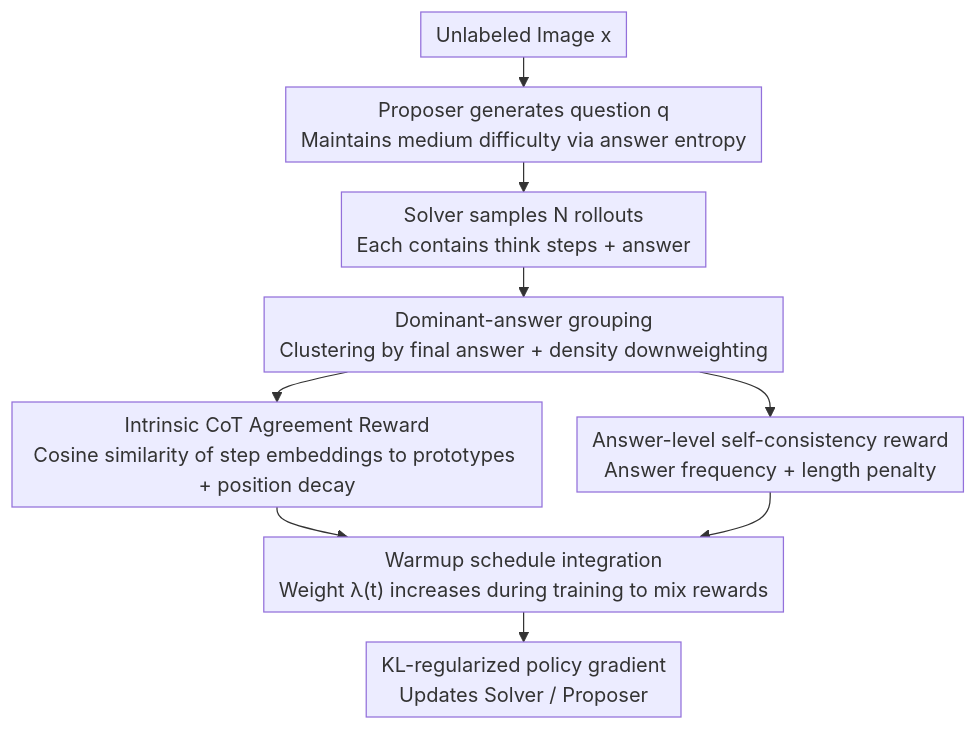
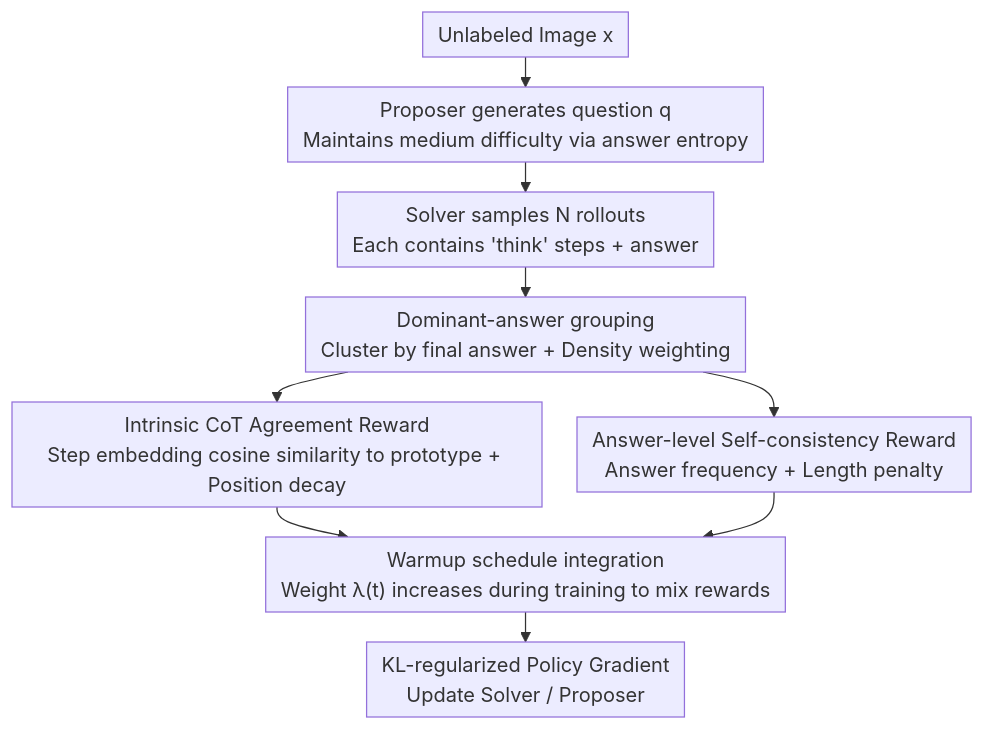
Before and after one commit to zhaoyang97/Paper-Notes-en: the diagram in docs/ACL2026/vlm_reasoning/ireasoner_trajectory-aware_intrinsic_reasoning_supervision_for_self-evolving_lar.md, drawn with Mermaid. The commit also changed other lines of this file and 5084 other files, not shown here.

````diff
--- a/docs/ACL2026/vlm_reasoning/ireasoner_trajectory-aware_intrinsic_reasoning_supervision_for_self-evolving_lar.md
+++ b/docs/ACL2026/vlm_reasoning/ireasoner_trajectory-aware_intrinsic_reasoning_supervision_for_self-evolving_lar.md
@@ -44,12 +44,12 @@
 ```mermaid
 %%{init: {'flowchart': {'rankSpacing': 24, 'nodeSpacing': 28, 'padding': 6, 'wrappingWidth': 400}}}%%
 flowchart TD
     A["Unlabeled Image x"] --> B["Proposer generates question q<br/>Maintains medium difficulty via answer entropy"]
-    B --> C["Solver samples N rollouts<br/>Each contains think steps + answer"]
-    C --> D["Dominant-answer grouping<br/>Clustering by final answer + density downweighting"]
-    D --> E["Intrinsic CoT Agreement Reward<br/>Cosine similarity of step embeddings to prototypes + position decay"]
-    D --> F["Answer-level self-consistency reward<br/>Answer frequency + length penalty"]
+    B --> C["Solver samples N rollouts<br/>Each contains 'think' steps + answer"]
+    C --> D["Dominant-answer grouping<br/>Cluster by final answer + Density weighting"]
+    D --> E["Intrinsic CoT Agreement Reward<br/>Step embedding cosine similarity to prototype + Position decay"]
+    D --> F["Answer-level Self-consistency Reward<br/>Answer frequency + Length penalty"]
     E --> G["Warmup schedule integration<br/>Weight λ(t) increases during training to mix rewards"]
     F --> G
-    G --> H["KL-regularized policy gradient<br/>Updates Solver / Proposer"]
+    G --> H["KL-regularized Policy Gradient<br/>Update Solver / Proposer"]
 ```
````
